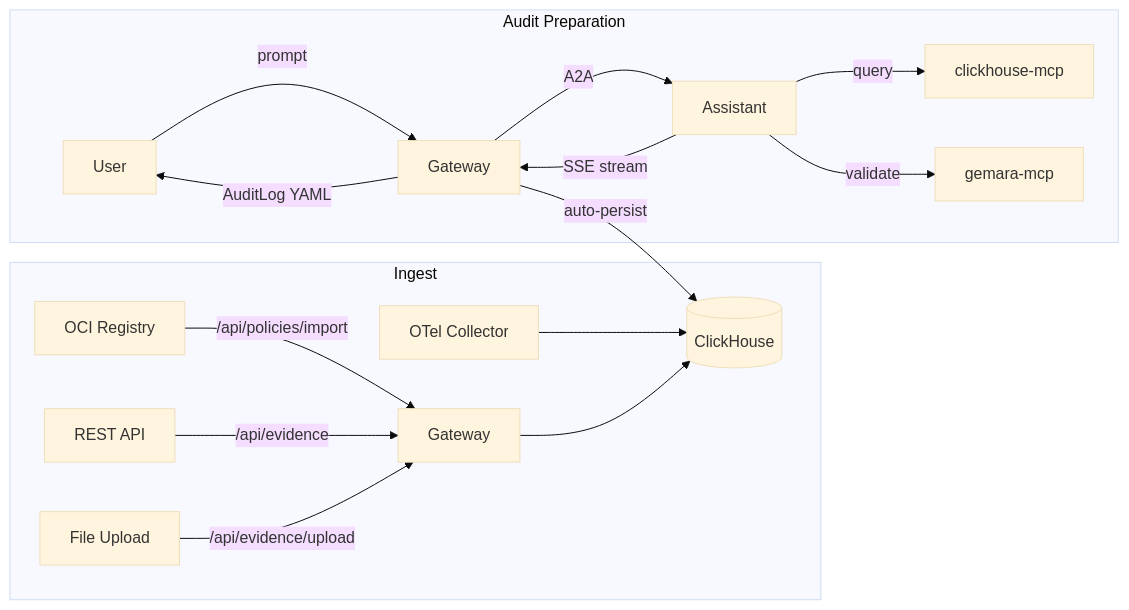
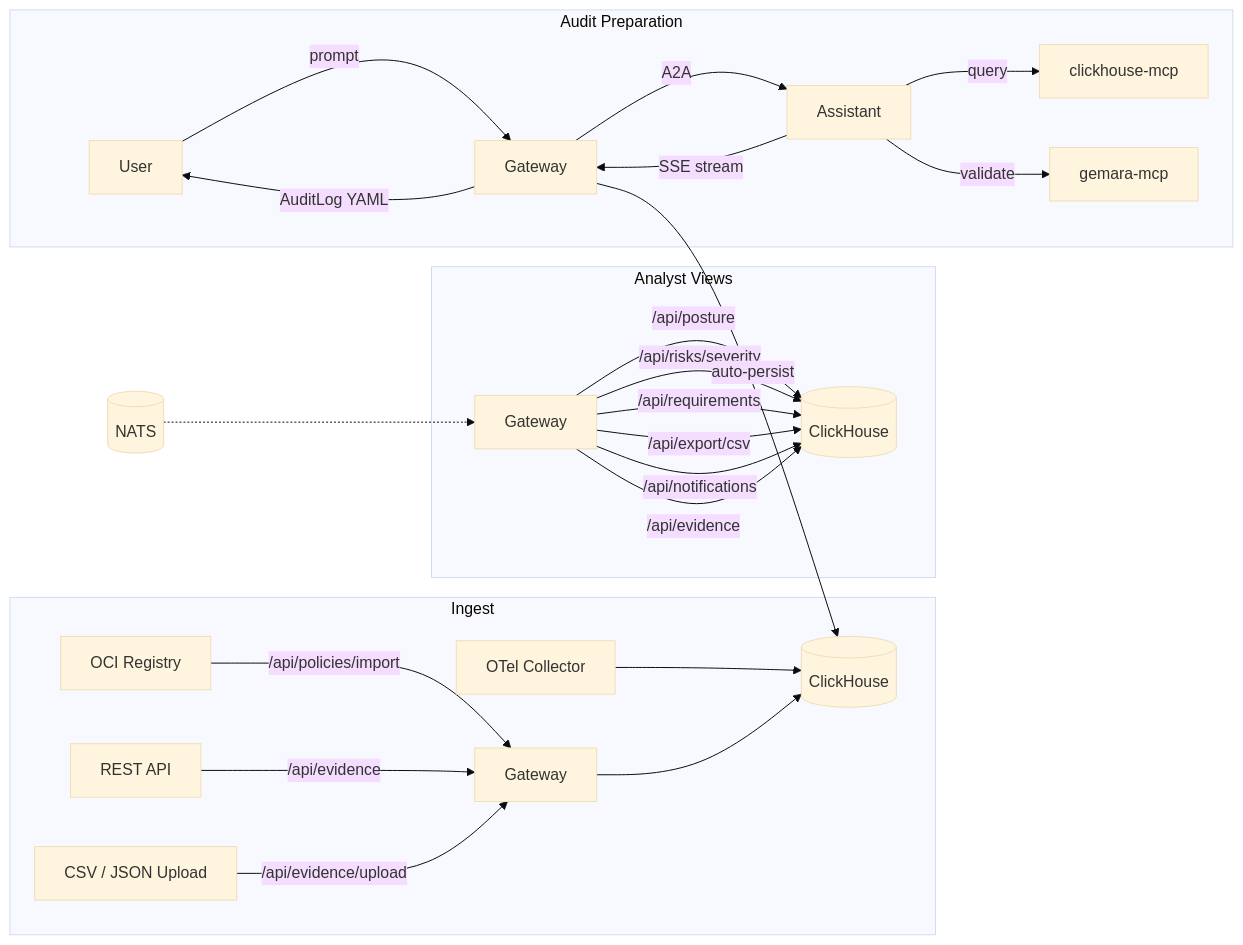
Before and after one commit to jpower432/complytime-studio: the second of 2 diagrams in docs/design/architecture.md, drawn with Mermaid (base theme). The commit also changed other lines of this file and 14 other files, not shown here.

First line of the commit message:
docs: update architecture, README, ADR index, and AGENTS after redesign

````diff
--- a/docs/design/architecture.md
+++ b/docs/design/architecture.md
@@ -148,21 +298,32 @@
 ```mermaid
 flowchart LR
     subgraph Ingest
         OCI["OCI Registry"] -- "/api/policies/import" --> GW["Gateway"]
         API["REST API"] -- "/api/evidence" --> GW
-        Upload["File Upload"] -- "/api/evidence/upload" --> GW
+        Upload["CSV / JSON Upload"] -- "/api/evidence/upload" --> GW
         Collector["OTel Collector"] --> CH
     end
 
     GW --> CH[("ClickHouse")]
 
+    subgraph Query["Analyst Views"]
+        GW2["Gateway"] -- "/api/posture" --> CH2[("ClickHouse")]
+        GW2 -- "/api/risks/severity" --> CH2
+        GW2 -- "/api/requirements" --> CH2
+        GW2 -- "/api/export/csv" --> CH2
+        GW2 -- "/api/notifications" --> CH2
+        GW2 -- "/api/evidence" --> CH2
+    end
+
+    NATS2[("NATS")] -.-> GW2
+
     subgraph Audit["Audit Preparation"]
-        User["User"] -- prompt --> GW2["Gateway"]
-        GW2 -- A2A --> Asst["Assistant"]
+        User["User"] -- prompt --> GW3["Gateway"]
+        GW3 -- A2A --> Asst["Assistant"]
         Asst -- query --> CHMCP["clickhouse-mcp"]
         Asst -- validate --> GMCP["gemara-mcp"]
-        Asst -- "SSE stream" --> GW2
-        GW2 -- "auto-persist" --> CH
-        GW2 -- "AuditLog YAML" --> User
+        Asst -- "SSE stream" --> GW3
+        GW3 -- "auto-persist" --> CH
+        GW3 -- "AuditLog YAML" --> User
     end
 ```
````
